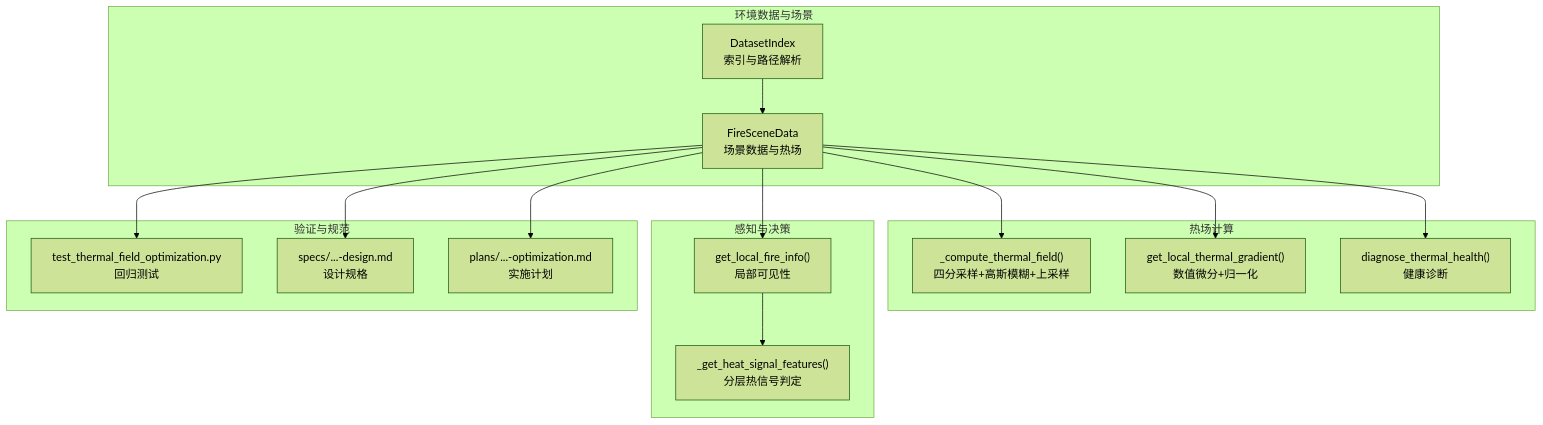
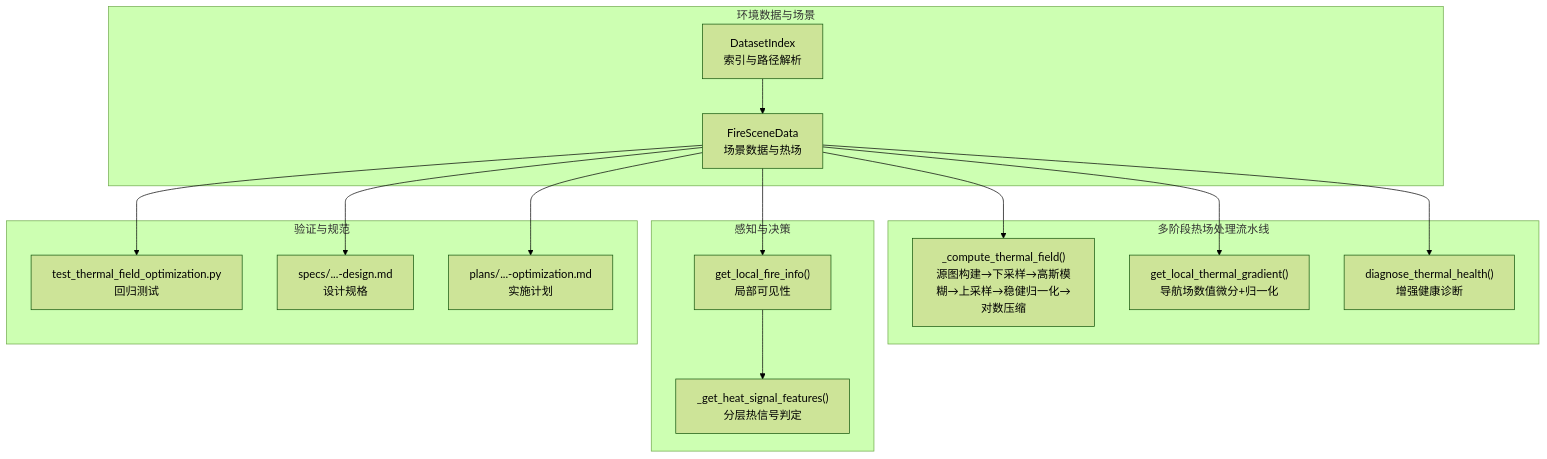
Before and after one commit to xixi10001/self_Adaptive: the first of 7 diagrams in .qoder/repowiki/zh/content/项目概述/核心功能特性/热场优化计算/热场优化计算.md, drawn with Mermaid (forest theme). The commit also changed other lines of this file and 21 other files, not shown here.

````diff
--- a/.qoder/repowiki/zh/content/项目概述/核心功能特性/热场优化计算/热场优化计算.md
+++ b/.qoder/repowiki/zh/content/项目概述/核心功能特性/热场优化计算/热场优化计算.md
@@ -30,30 +40,30 @@
 ```mermaid
 graph TB
 subgraph "环境数据与场景"
 A["FireSceneData<br/>场景数据与热场"]
 B["DatasetIndex<br/>索引与路径解析"]
 end
-subgraph "热场计算"
-C["_compute_thermal_field()<br/>四分采样+高斯模糊+上采样"]
-D["get_local_thermal_gradient()<br/>数值微分+归一化"]
-E["diagnose_thermal_health()<br/>健康诊断"]
+subgraph "多阶段热场处理流水线"
+C["_compute_thermal_field()<br/>源图构建→下采样→高斯模糊→上采样→稳健归一化→对数压缩"]
+D["get_local_thermal_gradient()<br/>导航场数值微分+归一化"]
+E["diagnose_thermal_health()<br/>增强健康诊断"]
 end
 subgraph "感知与决策"
 F["get_local_fire_info()<br/>局部可见性"]
 G["_get_heat_signal_features()<br/>分层热信号判定"]
 end
 subgraph "验证与规范"
 H["test_thermal_field_optimization.py<br/>回归测试"]
 I["specs/...-design.md<br/>设计规格"]
 J["plans/...-optimization.md<br/>实施计划"]
 end
 A --> C
 A --> D
 A --> E
 A --> F
 F --> G
 A --> H
 A --> I
 A --> J
 B --> A
 ```
````
